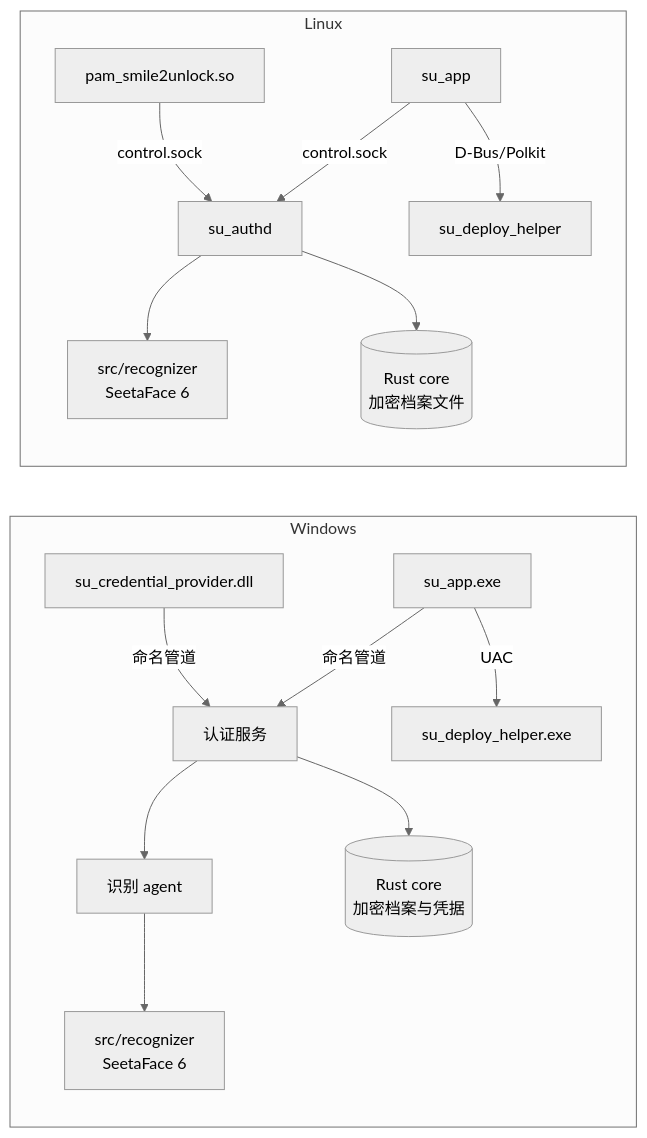
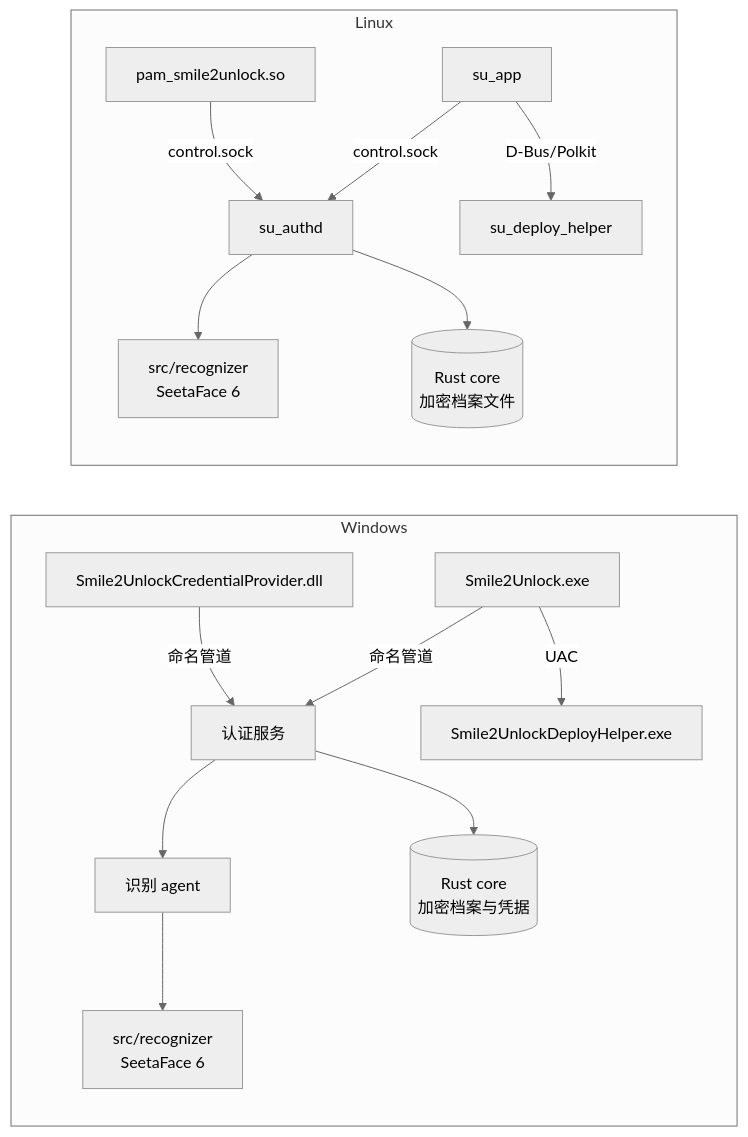
One commit to Smile2Unlock/Smile2Unlock_v2 changed the diagram in README_zh.md. Above: the diagram before and after it, drawn with Mermaid (neutral theme). The commit also changed other lines of this file and 24 other files, not shown here.

````diff
--- a/README_zh.md
+++ b/README_zh.md
@@ -101,18 +101,18 @@
 ```mermaid
 flowchart LR
     subgraph Windows
-        CP[su_credential_provider.dll] -- 命名管道 --> SERVICE[认证服务]
-        GUIW[su_app.exe] -- 命名管道 --> SERVICE
+        CP[Smile2UnlockCredentialProvider.dll] -- 命名管道 --> SERVICE[认证服务]
+        GUIW[Smile2Unlock.exe] -- 命名管道 --> SERVICE
         SERVICE --> AGENT[识别 agent]
         AGENT --> REC[src/recognizer<br/>SeetaFace 6]
         SERVICE --> CORE[(Rust core<br/>加密档案与凭据)]
-        GUIW -- UAC --> HELPER[su_deploy_helper.exe]
+        GUIW -- UAC --> HELPER[Smile2UnlockDeployHelper.exe]
     end
     subgraph Linux
         PAM[pam_smile2unlock.so] -- control.sock --> AUTHD[su_authd]
         AUTHD --> REC2[src/recognizer<br/>SeetaFace 6]
         AUTHD --> CORE2[(Rust core<br/>加密档案文件)]
         GUI[su_app] -- control.sock --> AUTHD
         GUI -- D-Bus/Polkit --> HELPER2[su_deploy_helper]
     end
 ```
````
